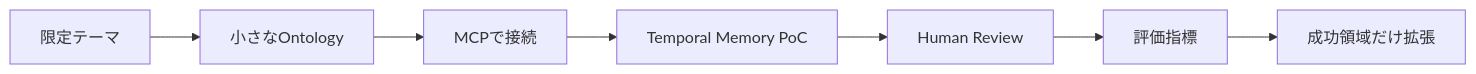
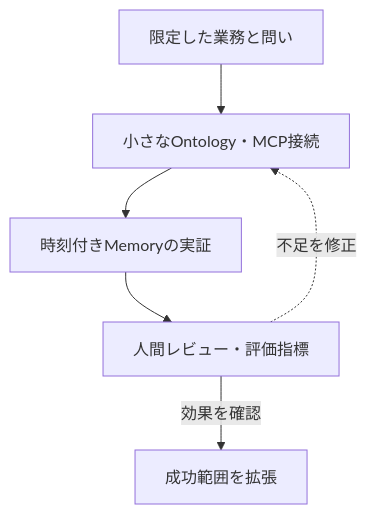
Diagram 13 of 13 in articles/report/ai-llm-ontology-memory/ja/index.mdx (daylight55/research), drawn with Mermaid before and after one commit. The commit also changed other lines of this file and 181 other files, not shown here.

First line of the commit message:
全記事の図解368点を再生成し、共通注意書きを削除 (#402)

````diff
--- a/articles/report/ai-llm-ontology-memory/ja/index.mdx
+++ b/articles/report/ai-llm-ontology-memory/ja/index.mdx
@@ -496,9 +574,15 @@
 ```mermaid
-flowchart LR
-  Scope["限定テーマ"] --> Build["小さなOntology"]
-  Build --> Connect["MCPで接続"]
-  Connect --> Memory["Temporal Memory PoC"]
-  Memory --> Review["Human Review"]
-  Review --> Metrics["評価指標"]
-  Metrics --> Expand["成功領域だけ拡張"]
+flowchart TD
+  accTitle: 小さな実証を評価して拡張を決める
+  accDescr: 対象業務を限定して接続とMemoryを試し、人間レビューと指標で拡張の可否を判断する。
+  N0["限定した業務と問い"]
+  N1["小さなOntology・MCP接続"]
+  N2["時刻付きMemoryの実証"]
+  N3["人間レビュー・評価指標"]
+  N4["成功範囲を拡張"]
+  N0 --> N1
+  N1 --> N2
+  N2 --> N3
+  N3 -->|効果を確認| N4
+  N3 -.->|不足を修正| N1
 ```
````
